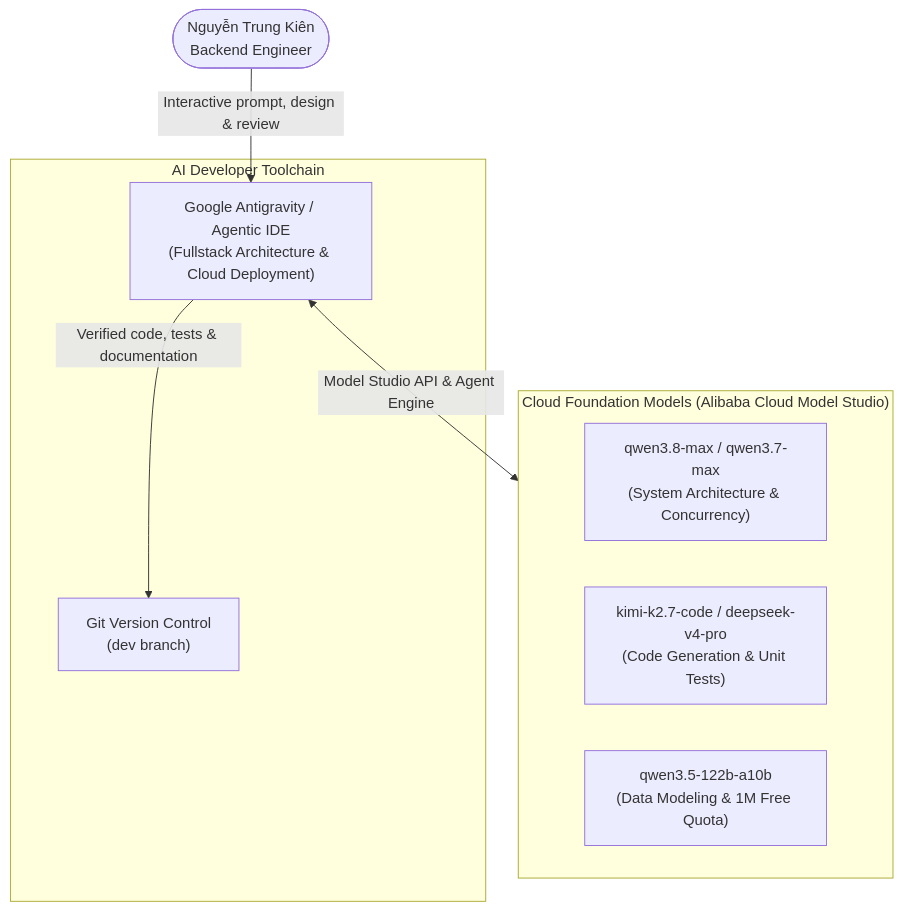
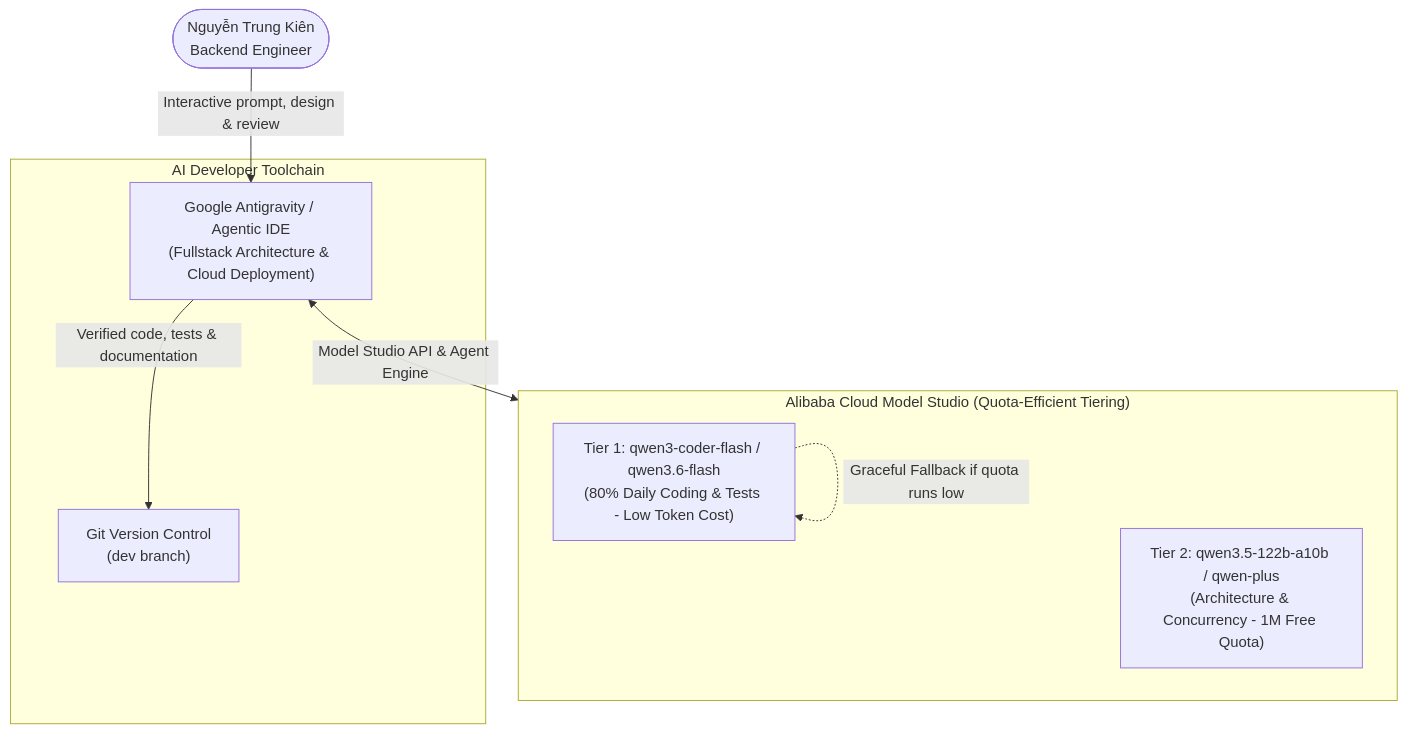
One commit to HoangCaoPhong/DineVina changed the diagram in docs/weekly-reports/Week1/Kien_FunctionalGroups/AICoding_Kien.md. Above: the diagram before and after it, drawn with Mermaid. The commit also changed other lines of this file, not shown here.

Commit message:
docs(week1): adopt quota-conscious tiered AI model strategy with lightweight flash/coder workhorses

````diff
--- a/docs/weekly-reports/Week1/Kien_FunctionalGroups/AICoding_Kien.md
+++ b/docs/weekly-reports/Week1/Kien_FunctionalGroups/AICoding_Kien.md
@@ -42,19 +47,19 @@
 ```mermaid
 flowchart TD
     Kien([Nguyễn Trung Kiên\nBackend Engineer])
 
-    subgraph Cloud_Models["Cloud Foundation Models (Alibaba Cloud Model Studio)"]
-        M1["qwen3.8-max / qwen3.7-max\n(System Architecture & Concurrency)"]
-        M2["kimi-k2.7-code / deepseek-v4-pro\n(Code Generation & Unit Tests)"]
-        M3["qwen3.5-122b-a10b\n(Data Modeling & 1M Free Quota)"]
+    subgraph Cloud_Models["Alibaba Cloud Model Studio (Quota-Efficient Tiering)"]
+        T1["Tier 1: qwen3-coder-flash / qwen3.6-flash\n(80% Daily Coding & Tests - Low Token Cost)"]
+        T2["Tier 2: qwen3.5-122b-a10b / qwen-plus\n(Architecture & Concurrency - 1M Free Quota)"]
+        T1 -.->|"Graceful Fallback if quota runs low"| T1
     end
 
     subgraph Toolchain["AI Developer Toolchain"]
         AGY["Google Antigravity / Agentic IDE\n(Fullstack Architecture & Cloud Deployment)"]
         Git["Git Version Control\n(dev branch)"]
     end
 
     Kien -->|"Interactive prompt, design & review"| AGY
     AGY <-->|"Model Studio API & Agent Engine"| Cloud_Models
     AGY -->|"Verified code, tests & documentation"| Git
 ```
````
